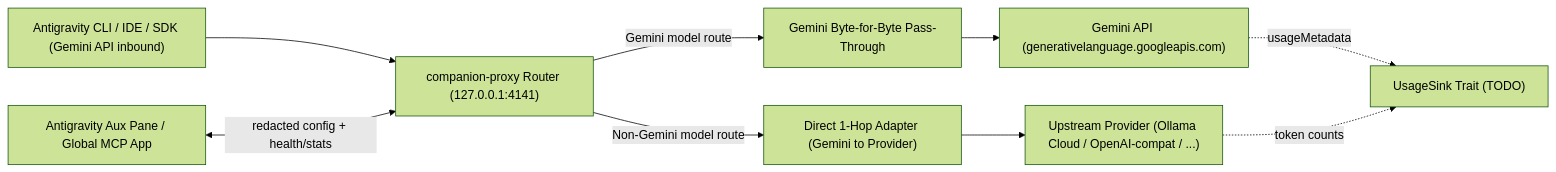
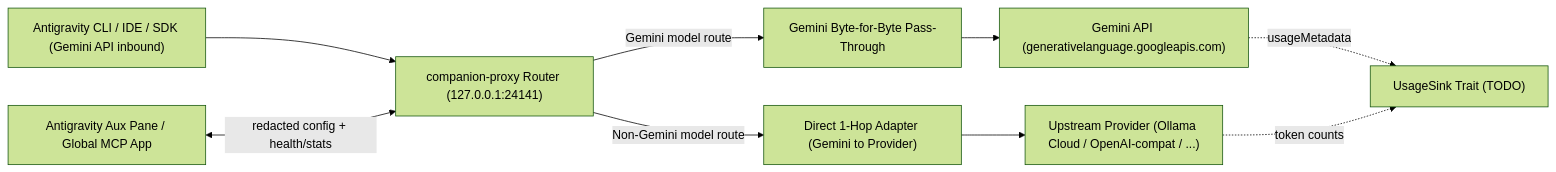
Before and after one commit to Jacksunwei/agy-companion: the diagram in docs/design/architecture.md, drawn with Mermaid (forest theme). The commit also changed other lines of this file and 15 other files, not shown here.

````diff
--- a/docs/design/architecture.md
+++ b/docs/design/architecture.md
@@ -111,11 +111,11 @@
 ```mermaid
 flowchart LR
-    Caller["Antigravity CLI / IDE / SDK (Gemini API inbound)"] --> Router["companion-proxy Router (127.0.0.1:4141)"]
+    Caller["Antigravity CLI / IDE / SDK (Gemini API inbound)"] --> Router["companion-proxy Router (127.0.0.1:24141)"]
     Router -->|"Gemini model route"| FastPath["Gemini Byte-for-Byte Pass-Through"]
     Router -->|"Non-Gemini model route"| Adapter["Direct 1-Hop Adapter (Gemini to Provider)"]
     FastPath --> Gemini["Gemini API (generativelanguage.googleapis.com)"]
     Adapter --> Upstream["Upstream Provider (Ollama Cloud / OpenAI-compat / ...)"]
     Gemini -.->|"usageMetadata"| Sink["UsageSink Trait (TODO)"]
     Upstream -.->|"token counts"| Sink
     UI["Antigravity Aux Pane / Global MCP App"] <-->|"redacted config + health/stats"| Router
 ```
````
